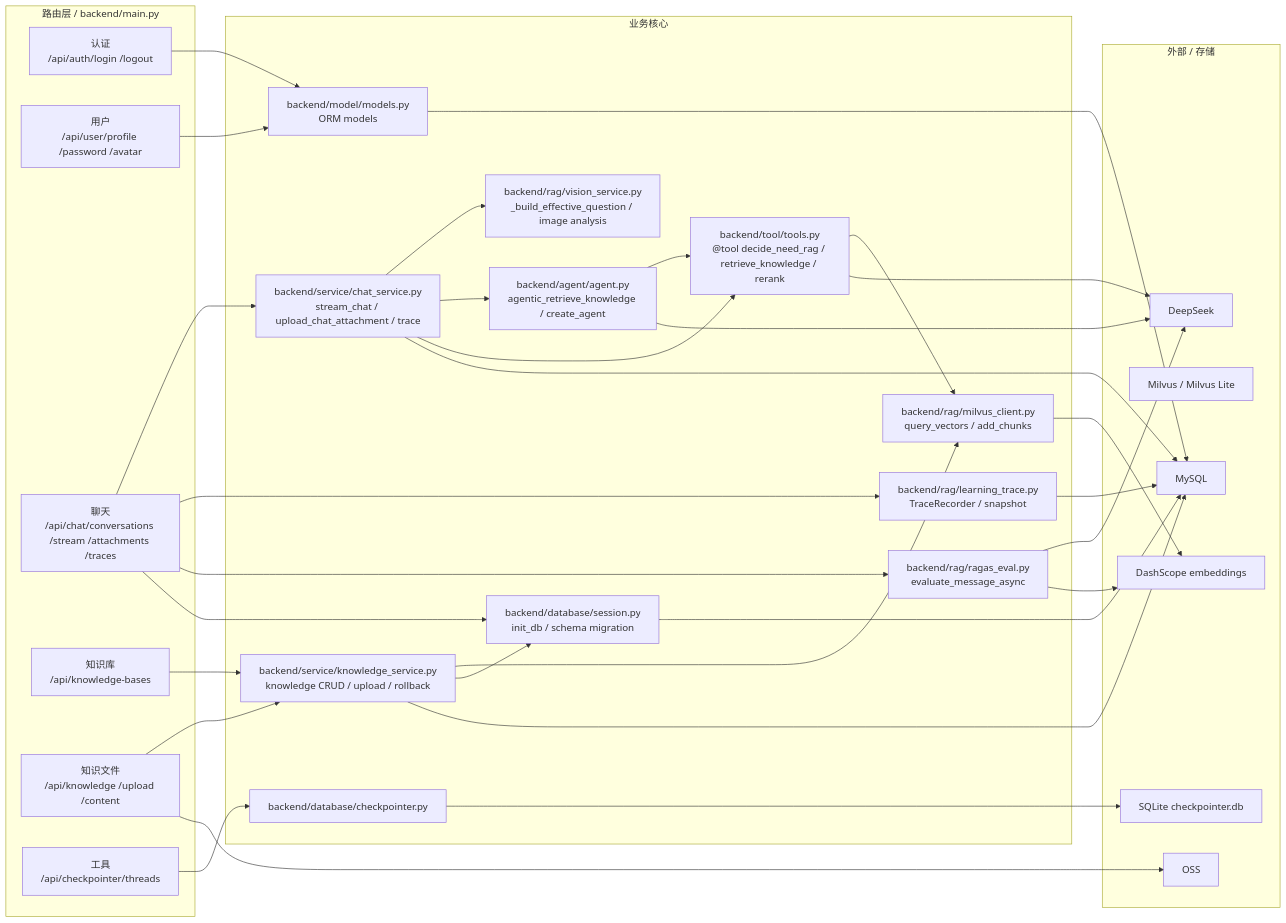
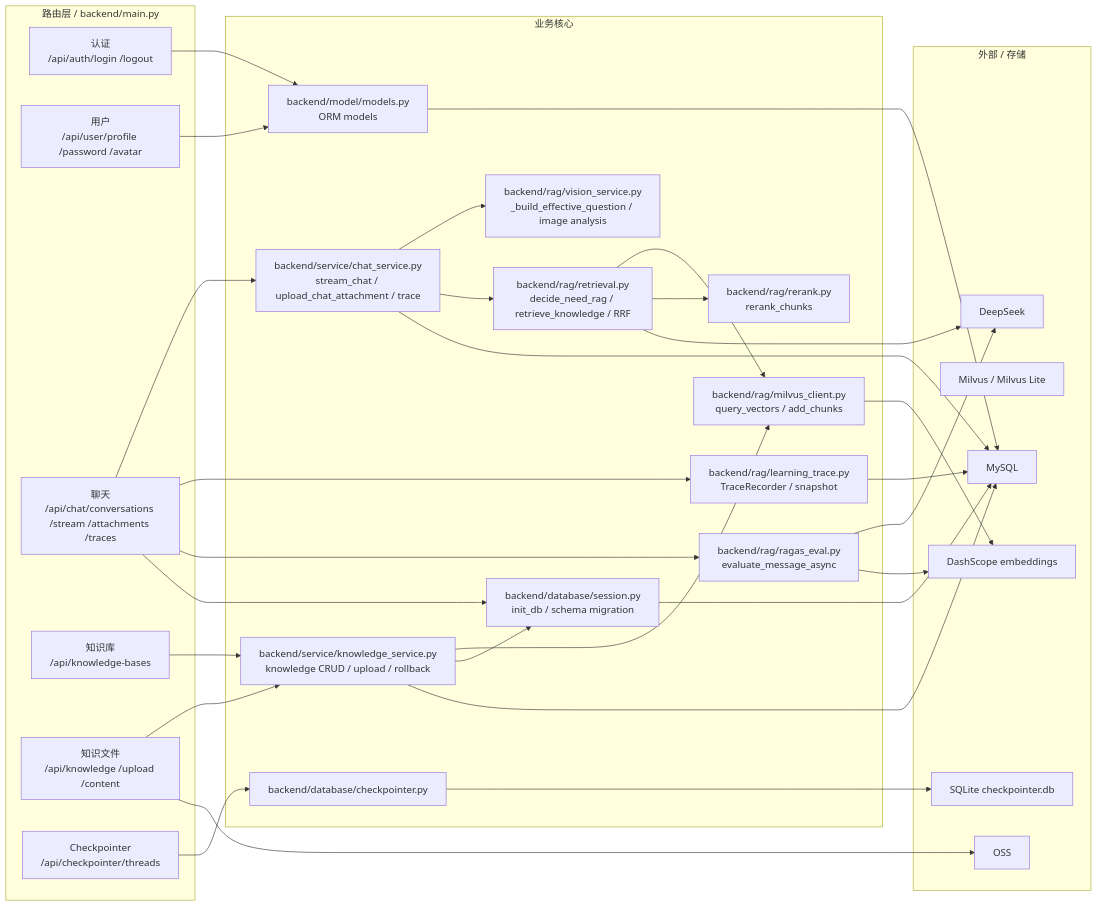
One commit to baiye-banned/Agent_about_answer changed the third of 8 diagrams in docs/PROJECT_ARCHITECTURE_FULL.md. Above: the diagram before and after it, drawn with Mermaid. The commit also changed other lines of this file and 22 other files, not shown here.

Commit message:
Simplify RAG retrieval pipeline

````diff
--- a/docs/PROJECT_ARCHITECTURE_FULL.md
+++ b/docs/PROJECT_ARCHITECTURE_FULL.md
@@ -165,64 +151,62 @@
 ```mermaid
 flowchart LR
   subgraph Routes["路由层 / backend/main.py"]
     Auth["认证<br/>/api/auth/login /logout"]
     User["用户<br/>/api/user/profile /password /avatar"]
     Chat["聊天<br/>/api/chat/conversations /stream /attachments /traces"]
     KB["知识库<br/>/api/knowledge-bases"]
     Files["知识文件<br/>/api/knowledge /upload /content"]
-    Tools["工具<br/>/api/checkpointer/threads"]
+    CheckpointerRoute["Checkpointer<br/>/api/checkpointer/threads"]
   end
 
   subgraph Core["业务核心"]
     DB["backend/database/session.py<br/>init_db / schema migration"]
     Models["backend/model/models.py<br/>ORM models"]
     ChatSvc["backend/service/chat_service.py<br/>stream_chat / upload_chat_attachment / trace"]
     KnowledgeSvc["backend/service/knowledge_service.py<br/>knowledge CRUD / upload / rollback"]
     VisionSvc["backend/rag/vision_service.py<br/>_build_effective_question / image analysis"]
-    LangChainAgent["backend/agent/agent.py<br/>agentic_retrieve_knowledge / create_agent"]
-    Tool["backend/tool/tools.py<br/>@tool decide_need_rag / retrieve_knowledge / rerank"]
+    Retrieval["backend/rag/retrieval.py<br/>decide_need_rag / retrieve_knowledge / RRF"]
+    RerankSvc["backend/rag/rerank.py<br/>rerank_chunks"]
     MilvusClient["backend/rag/milvus_client.py<br/>query_vectors / add_chunks"]
     Trace["backend/rag/learning_trace.py<br/>TraceRecorder / snapshot"]
     Ragas["backend/rag/ragas_eval.py<br/>evaluate_message_async"]
     Checkpointer["backend/database/checkpointer.py"]
   end
 
   subgraph Services["外部 / 存储"]
     MySQL["MySQL"]
     Milvus["Milvus / Milvus Lite"]
     OSS["OSS"]
     DeepSeek["DeepSeek"]
     DashScope["DashScope embeddings"]
     SQLite["SQLite checkpointer.db"]
   end
 
   Auth --> Models
   User --> Models
   Chat --> ChatSvc
   KB --> KnowledgeSvc
   Files --> KnowledgeSvc
   ChatSvc --> VisionSvc
-  ChatSvc --> LangChainAgent
-  ChatSvc --> Tool
+  ChatSvc --> Retrieval
   KnowledgeSvc --> MilvusClient
   KnowledgeSvc --> DB
-  LangChainAgent --> Tool
-  Tool --> MilvusClient
+  Retrieval --> MilvusClient
+  Retrieval --> RerankSvc
   Chat --> Trace
   Chat --> Ragas
   Chat --> DB
-  Tools --> Checkpointer
+  CheckpointerRoute --> Checkpointer
 
   DB --> MySQL
   Models --> MySQL
   ChatSvc --> MySQL
   KnowledgeSvc --> MySQL
-  Tool --> DeepSeek
-  LangChainAgent --> DeepSeek
+  Retrieval --> DeepSeek
   MilvusClient --> DashScope
   Trace --> MySQL
   Ragas --> DeepSeek
   Ragas --> DashScope
   Checkpointer --> SQLite
   Files --> OSS
 ```
````
